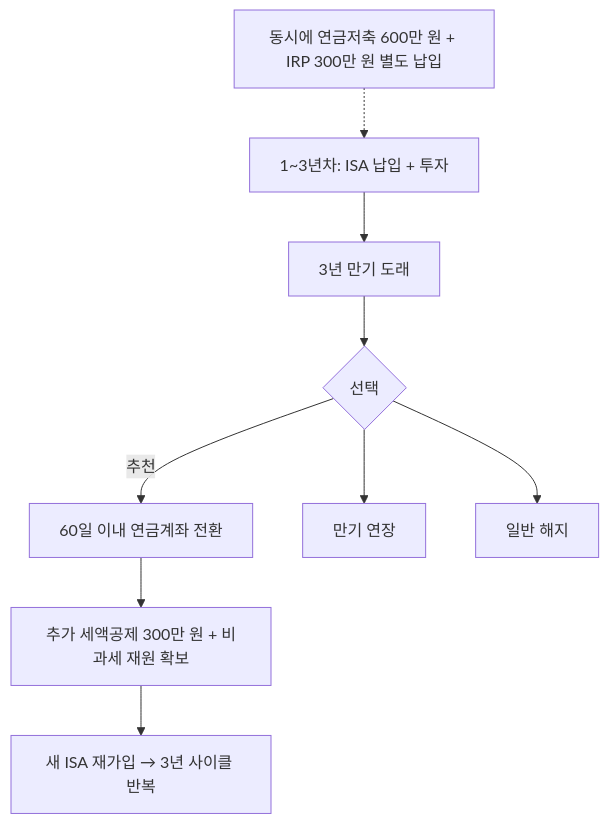
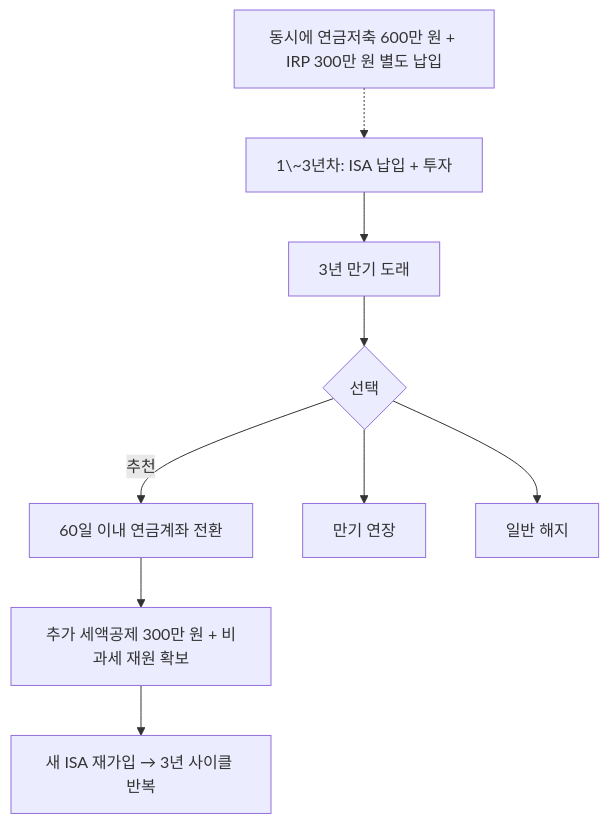
The second of 3 diagrams in docs/read/isa-pension-transfer-strategy/index.md (kenshin579/investment.advenoh.pe.kr), drawn with Mermaid before and after one commit. The commit also changed other lines of this file, not shown here.

Commit message:
fix: ISA 연금전환 글 ~ 이스케이프 (GitHub strikethrough 방지) (#121)

````diff
--- a/docs/read/isa-pension-transfer-strategy/index.md
+++ b/docs/read/isa-pension-transfer-strategy/index.md
@@ -183,11 +183,11 @@
 ```mermaid
 graph TD
-    Y1["1~3년차: ISA 납입 + 투자"] --> M["3년 만기 도래"]
+    Y1["1\~3년차: ISA 납입 + 투자"] --> M["3년 만기 도래"]
     Y1_SUB["동시에 연금저축 600만 원 + IRP 300만 원 별도 납입"] -.-> Y1
     M --> D{"선택"}
     D -->|추천| CONVERT["60일 이내 연금계좌 전환"]
     D --> EXTEND["만기 연장"]
     D --> CLOSE["일반 해지"]
     CONVERT --> BENEFIT["추가 세액공제 300만 원 + 비과세 재원 확보"]
     BENEFIT --> REJOIN["새 ISA 재가입 → 3년 사이클 반복"]
 ```
````
